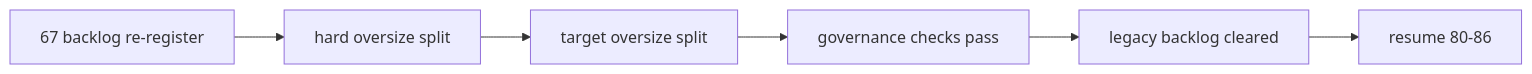
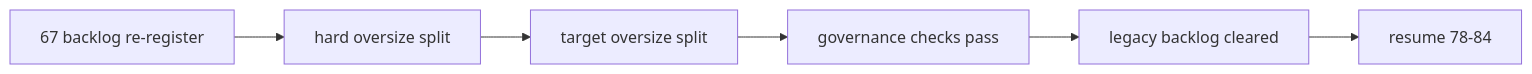
Before and after one commit to everything-is-simple/lifespan-0.01: the diagram in docs/03-execution/evidence/67-historical-file-length-debt-burndown-evidence-20260415.md, drawn with Mermaid. The commit also changed 86 other files, not shown here.

````diff
--- a/docs/03-execution/evidence/67-historical-file-length-debt-burndown-evidence-20260415.md
+++ b/docs/03-execution/evidence/67-historical-file-length-debt-burndown-evidence-20260415.md
@@ -45,8 +45,8 @@
 ```mermaid
 flowchart LR
     B0["67 backlog re-register"] --> H1["hard oversize split"]
     H1 --> T1["target oversize split"]
     T1 --> G1["governance checks pass"]
     G1 --> C1["legacy backlog cleared"]
-    C1 --> R80["resume 80-86"]
+    C1 --> R80["resume 78-84"]
 ```
````
